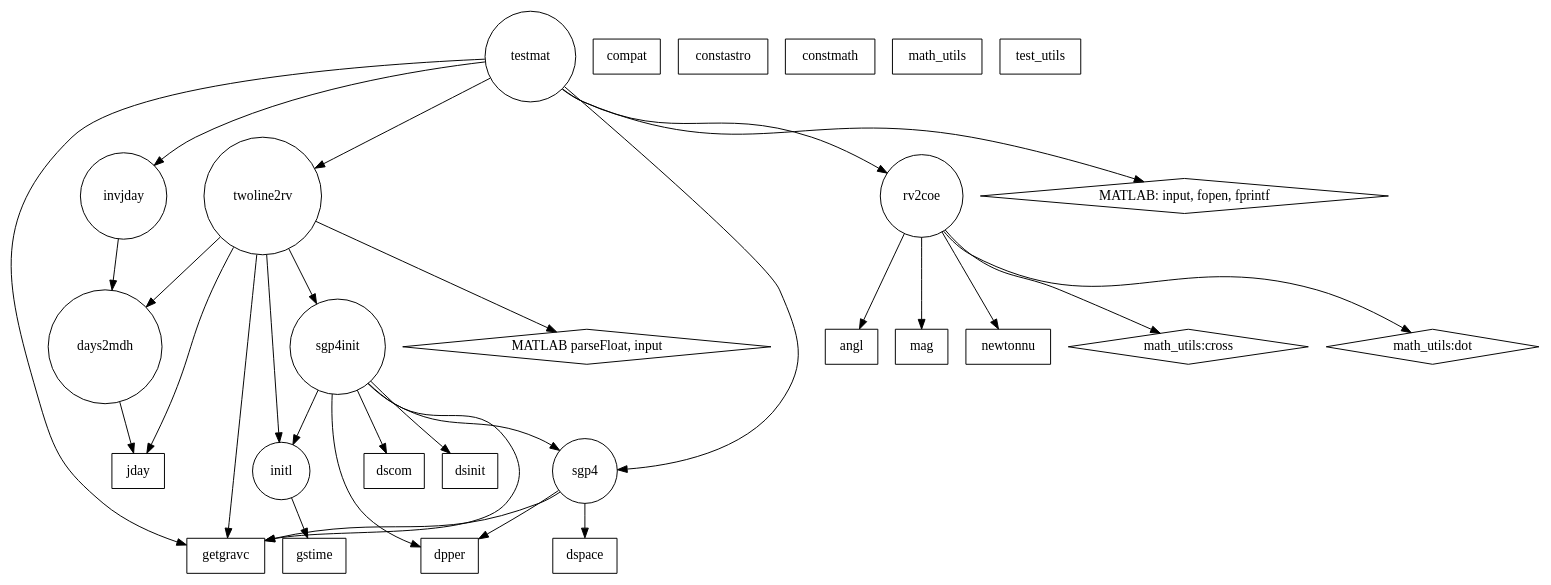
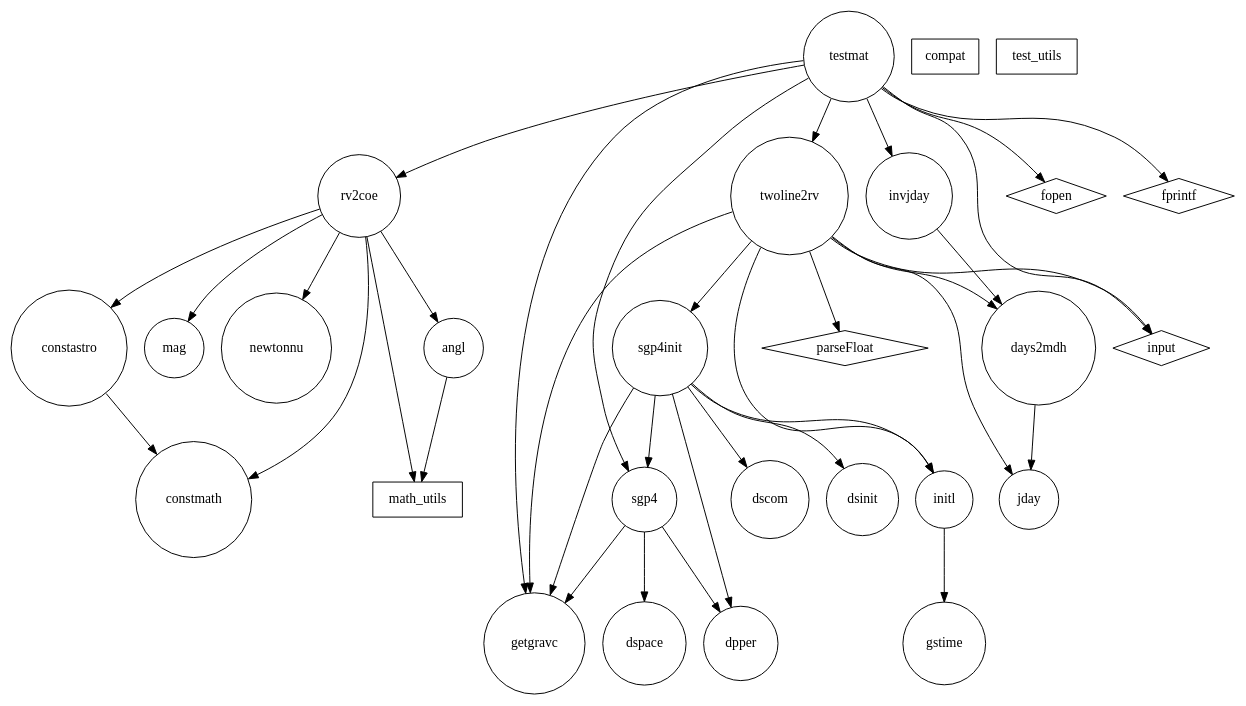
One commit to koansys/isat changed the diagram in js/README_CALLSTACK.dot. Above: the diagram before and after it, drawn with Graphviz.

Commit message:
Node shape reflects MATLAB, MATLAB internals, JS compatibility files

```diff
--- a/js/README_CALLSTACK.dot
+++ b/js/README_CALLSTACK.dot
@@ -1,73 +1,95 @@
-## Manually-generated graph topology.
-## Could doxygen against MATLAB help?
-## I use Graphviz for Mac GUI app to render.
-## 2012-03-27 Chris Shenton
+// Manually-generated graph topology.
+// It starts with MATLAB but includes some JS compatibility stuff:
+// compat, math_utils, test_utils.
+// FWIW, Doxygen against MATLAB generates per-file/function calls.
+// I use Graphviz for Mac GUI app to render.
+// 2012-03-27 Chris Shenton
+
+// Shape and meaning:
+// - circles (default) for MATLAB-defined functions
+// - diamonds for MATLAB internals I may need to emulate
+// - boxes for JS-specific additions
 
 digraph sot {
-  "days2mdh"	[shape=circle];
-  "dpper"	[shape=box]
-  "dscom"	[shape=box]
-  "dsinit"	[shape=box]
-  "dspace"	[shape=box]
-  "getgravc"	[shape=box]
-  "gstime"	[shape=box]
+  // MATLAB calls/files
+  "angl"	[shape=circle]
+  "constastro"	[shape=circle]
+  "constmath"	[shape=circle]
+  "days2mdh"	[shape=circle]
+  "dpper"	[shape=circle]
+  "dscom"	[shape=circle]
+  "dsinit"	[shape=circle]
+  "dspace"	[shape=circle]
+  "getgravc"	[shape=circle]
+  "gstime"	[shape=circle]
   "initl"	[shape=circle]
-  "jday"	[shape=box]
-  "twoline2rv"	[shape=circle]
+  "invjday"	[shape=circle]
+  "jday"	[shape=circle]
+  "mag"         [shape=circle]
+  "newtonnu"	[shape=circle]
+  "rv2coe"	[shape=circle]
   "sgp4"	[shape=circle]
   "sgp4init"	[shape=circle]
-  "angl"	[shape=box]
+  "testmat"	[shape=circle]
+  "twoline2rv"	[shape=circle]
+
+  // MATLAB-internal functions we'll have to emulate
+  "parseFloat"  [shape=diamond]
+  "input"       [shape=diamond]
+  "fopen"	[shape=diamond]
+  "fprintf"	[shape=diamond]
+
+  // JS-only compatibility for missing MATLAB functions
   "compat"	[shape=box]
-  "constastro"	[shape=box]
-  "constmath"	[shape=box]
-  "invjday"	[shape=circle]
-  "mag"         [shape=box]
   "math_utils"	[shape=box]
-  "newtonnu"	[shape=box]
-  "rv2coe"	[shape=circle]
   "test_utils"	[shape=box]
-  "testmat"	[shape=circle]
 
-  "MATLAB parseFloat, input"            [shape=diamond];
-  "MATLAB: input, fopen, fprintf"	[shape=diamond];
-  "math_utils:cross"                    [shape=diamond];
-  "math_utils:dot"                      [shape=diamond];
+  ////////////////////////
+  // Call Graph
 
-  "days2mdh"      -> "jday";
+  "angl"          -> "math_utils" // dot()
 
-  "initl"         -> "gstime";
+  "constastro"    -> "constmath"
 
-  "twoline2rv"    -> "days2mdh";
-  "twoline2rv"    -> "getgravc";
-  "twoline2rv"    -> "jday";
-  "twoline2rv"    -> "sgp4init";
-  "twoline2rv"    -> "initl";
-  "twoline2rv"    -> "MATLAB parseFloat, input";
+  "days2mdh"      -> "jday"
 
-  "sgp4"          -> "getgravc";
-  "sgp4"          -> "dspace";
-  "sgp4"          -> "dpper";
+  "initl"         -> "gstime"
 
-  "sgp4init"      -> "getgravc";
-  "sgp4init"      -> "initl";
-  "sgp4init"      -> "dscom";
-  "sgp4init"      -> "dpper";
-  "sgp4init"      -> "dsinit";
-  "sgp4init"      -> "sgp4";
+  "invjday"       -> "days2mdh"
 
-  "invjday"       -> "days2mdh";
+  "rv2coe"        -> "constastro"
+  "rv2coe"        -> "constmath"
+  "rv2coe"        -> "mag"
+  "rv2coe"        -> "math_utils" // cross(), dot()
+  "rv2coe"        -> "angl"
+  "rv2coe"        -> "newtonnu"
 
-  "rv2coe"        -> "mag";
-  "rv2coe"        -> "math_utils:cross";
-  "rv2coe"        -> "math_utils:dot";
-  "rv2coe"        -> "angl";
-  "rv2coe"        -> "newtonnu";
+  "sgp4"          -> "getgravc"
+  "sgp4"          -> "dspace"
+  "sgp4"          -> "dpper"
 
-  "testmat"       -> "MATLAB: input, fopen, fprintf";
-  "testmat"       -> "getgravc";
-  "testmat"       -> "twoline2rv";
-  "testmat"       -> "sgp4";
-  "testmat"       -> "invjday";
-  "testmat"       -> "rv2coe";
+  "sgp4init"      -> "getgravc"
+  "sgp4init"      -> "initl"
+  "sgp4init"      -> "dscom"
+  "sgp4init"      -> "dpper"
+  "sgp4init"      -> "dsinit"
+  "sgp4init"      -> "sgp4"
+
+  "testmat"       -> "input"
+  "testmat"       -> "fopen"
+  "testmat"       -> "fprintf"
+  "testmat"       -> "getgravc"
+  "testmat"       -> "twoline2rv"
+  "testmat"       -> "sgp4"
+  "testmat"       -> "invjday"
+  "testmat"       -> "rv2coe"
+
+  "twoline2rv"    -> "days2mdh"
+  "twoline2rv"    -> "getgravc"
+  "twoline2rv"    -> "jday"
+  "twoline2rv"    -> "sgp4init"
+  "twoline2rv"    -> "initl"
+  "twoline2rv"    -> "parseFloat"
+  "twoline2rv"    -> "input"
 
 }
```
